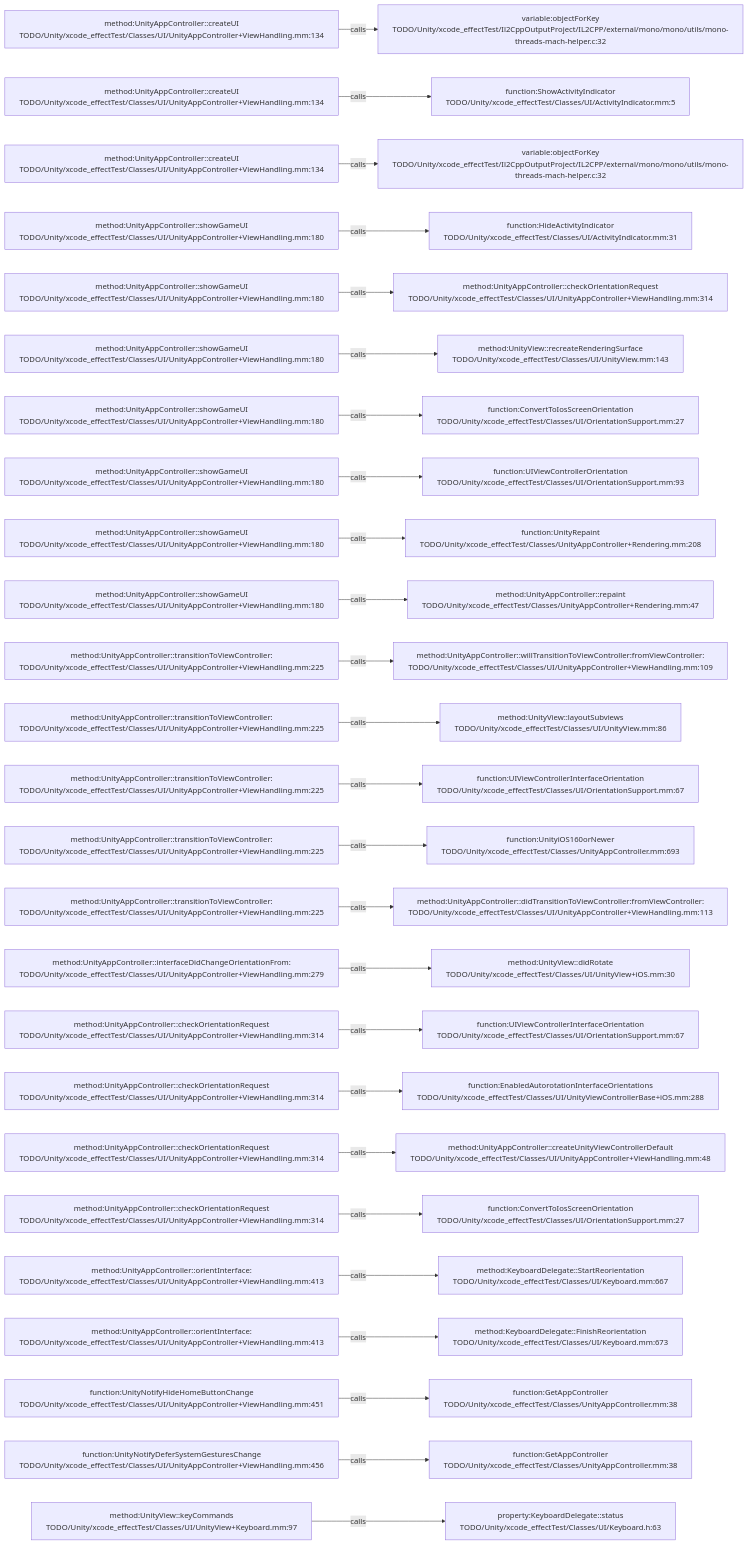
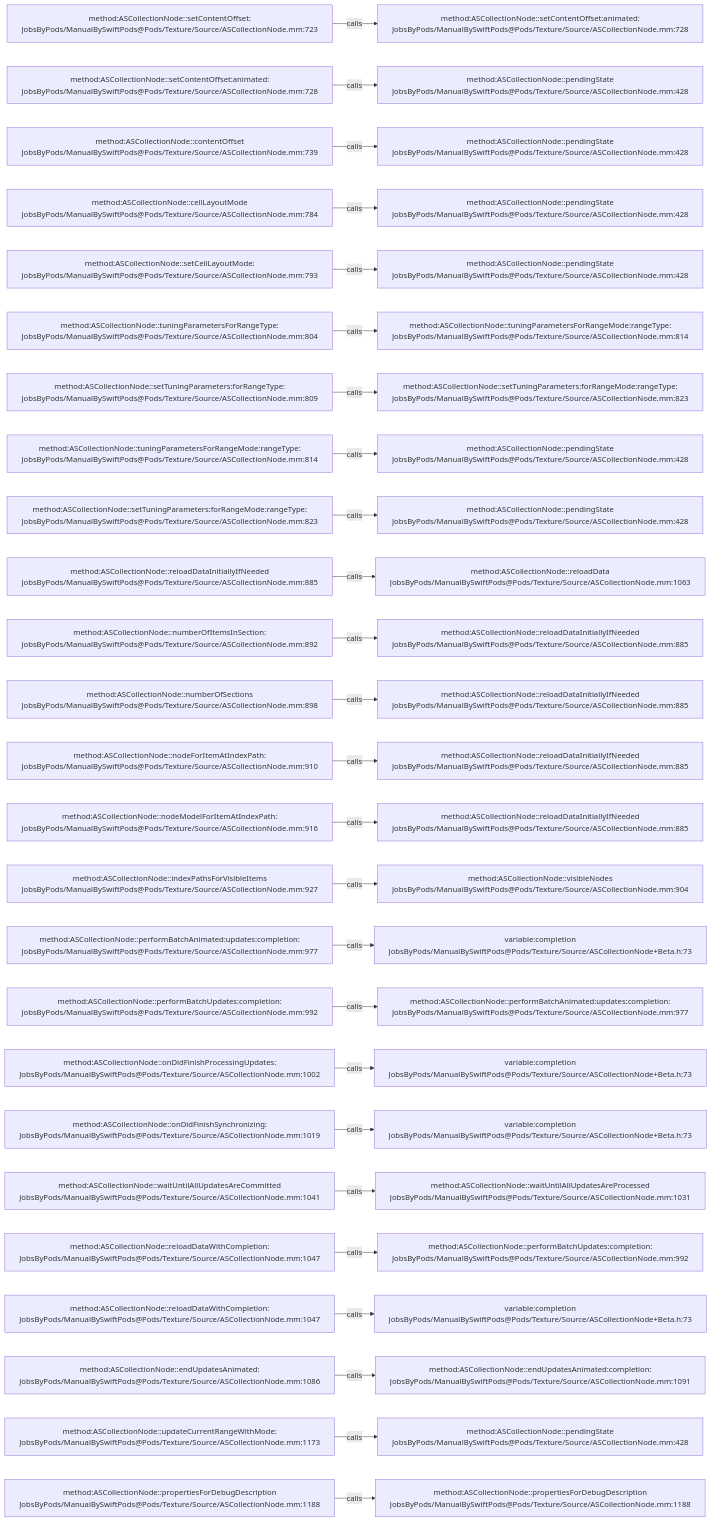
Before and after one commit to JobsKits/JobsSwiftBaseConfigDemo: the diagram in .codegraph/codegraph.md/graphs/calls-028.md, drawn with Mermaid. The commit also changed 2959 other files, not shown here.

````diff
--- a/.codegraph/codegraph.md/graphs/calls-028.md
+++ b/.codegraph/codegraph.md/graphs/calls-028.md
@@ -13,78 +13,78 @@
 ```mermaid
 flowchart LR
-  S1["method:UnityAppController::createUI<br/>TODO/Unity/xcode_effectTest/Classes/UI/UnityAppController+ViewHandling.mm:134"]
-  T1["variable:objectForKey<br/>TODO/Unity/xcode_effectTest/Il2CppOutputProject/IL2CPP/external/mono/mono/utils/mono-threads-mach-helper.c:32"]
+  S1["method:ASCollectionNode::setContentOffset:<br/>JobsByPods/ManualBySwiftPods@Pods/Texture/Source/ASCollectionNode.mm:723"]
+  T1["method:ASCollectionNode::setContentOffset:animated:<br/>JobsByPods/ManualBySwiftPods@Pods/Texture/Source/ASCollectionNode.mm:728"]
   S1 -->|calls| T1
-  S2["method:UnityAppController::createUI<br/>TODO/Unity/xcode_effectTest/Classes/UI/UnityAppController+ViewHandling.mm:134"]
-  T2["function:ShowActivityIndicator<br/>TODO/Unity/xcode_effectTest/Classes/UI/ActivityIndicator.mm:5"]
+  S2["method:ASCollectionNode::setContentOffset:animated:<br/>JobsByPods/ManualBySwiftPods@Pods/Texture/Source/ASCollectionNode.mm:728"]
+  T2["method:ASCollectionNode::pendingState<br/>JobsByPods/ManualBySwiftPods@Pods/Texture/Source/ASCollectionNode.mm:428"]
   S2 -->|calls| T2
-  S3["method:UnityAppController::createUI<br/>TODO/Unity/xcode_effectTest/Classes/UI/UnityAppController+ViewHandling.mm:134"]
-  T3["variable:objectForKey<br/>TODO/Unity/xcode_effectTest/Il2CppOutputProject/IL2CPP/external/mono/mono/utils/mono-threads-mach-helper.c:32"]
+  S3["method:ASCollectionNode::contentOffset<br/>JobsByPods/ManualBySwiftPods@Pods/Texture/Source/ASCollectionNode.mm:739"]
+  T3["method:ASCollectionNode::pendingState<br/>JobsByPods/ManualBySwiftPods@Pods/Texture/Source/ASCollectionNode.mm:428"]
   S3 -->|calls| T3
-  S4["method:UnityAppController::showGameUI<br/>TODO/Unity/xcode_effectTest/Classes/UI/UnityAppController+ViewHandling.mm:180"]
-  T4["function:HideActivityIndicator<br/>TODO/Unity/xcode_effectTest/Classes/UI/ActivityIndicator.mm:31"]
+  S4["method:ASCollectionNode::cellLayoutMode<br/>JobsByPods/ManualBySwiftPods@Pods/Texture/Source/ASCollectionNode.mm:784"]
+  T4["method:ASCollectionNode::pendingState<br/>JobsByPods/ManualBySwiftPods@Pods/Texture/Source/ASCollectionNode.mm:428"]
   S4 -->|calls| T4
-  S5["method:UnityAppController::showGameUI<br/>TODO/Unity/xcode_effectTest/Classes/UI/UnityAppController+ViewHandling.mm:180"]
-  T5["method:UnityAppController::checkOrientationRequest<br/>TODO/Unity/xcode_effectTest/Classes/UI/UnityAppController+ViewHandling.mm:314"]
+  S5["method:ASCollectionNode::setCellLayoutMode:<br/>JobsByPods/ManualBySwiftPods@Pods/Texture/Source/ASCollectionNode.mm:793"]
+  T5["method:ASCollectionNode::pendingState<br/>JobsByPods/ManualBySwiftPods@Pods/Texture/Source/ASCollectionNode.mm:428"]
   S5 -->|calls| T5
-  S6["method:UnityAppController::showGameUI<br/>TODO/Unity/xcode_effectTest/Classes/UI/UnityAppController+ViewHandling.mm:180"]
-  T6["method:UnityView::recreateRenderingSurface<br/>TODO/Unity/xcode_effectTest/Classes/UI/UnityView.mm:143"]
+  S6["method:ASCollectionNode::tuningParametersForRangeType:<br/>JobsByPods/ManualBySwiftPods@Pods/Texture/Source/ASCollectionNode.mm:804"]
+  T6["method:ASCollectionNode::tuningParametersForRangeMode:rangeType:<br/>JobsByPods/ManualBySwiftPods@Pods/Texture/Source/ASCollectionNode.mm:814"]
   S6 -->|calls| T6
-  S7["method:UnityAppController::showGameUI<br/>TODO/Unity/xcode_effectTest/Classes/UI/UnityAppController+ViewHandling.mm:180"]
-  T7["function:ConvertToIosScreenOrientation<br/>TODO/Unity/xcode_effectTest/Classes/UI/OrientationSupport.mm:27"]
+  S7["method:ASCollectionNode::setTuningParameters:forRangeType:<br/>JobsByPods/ManualBySwiftPods@Pods/Texture/Source/ASCollectionNode.mm:809"]
+  T7["method:ASCollectionNode::setTuningParameters:forRangeMode:rangeType:<br/>JobsByPods/ManualBySwiftPods@Pods/Texture/Source/ASCollectionNode.mm:823"]
   S7 -->|calls| T7
-  S8["method:UnityAppController::showGameUI<br/>TODO/Unity/xcode_effectTest/Classes/UI/UnityAppController+ViewHandling.mm:180"]
-  T8["function:UIViewControllerOrientation<br/>TODO/Unity/xcode_effectTest/Classes/UI/OrientationSupport.mm:93"]
+  S8["method:ASCollectionNode::tuningParametersForRangeMode:rangeType:<br/>JobsByPods/ManualBySwiftPods@Pods/Texture/Source/ASCollectionNode.mm:814"]
+  T8["method:ASCollectionNode::pendingState<br/>JobsByPods/ManualBySwiftPods@Pods/Texture/Source/ASCollectionNode.mm:428"]
   S8 -->|calls| T8
-  S9["method:UnityAppController::showGameUI<br/>TODO/Unity/xcode_effectTest/Classes/UI/UnityAppController+ViewHandling.mm:180"]
-  T9["function:UnityRepaint<br/>TODO/Unity/xcode_effectTest/Classes/UnityAppController+Rendering.mm:208"]
+  S9["method:ASCollectionNode::setTuningParameters:forRangeMode:rangeType:<br/>JobsByPods/ManualBySwiftPods@Pods/Texture/Source/ASCollectionNode.mm:823"]
+  T9["method:ASCollectionNode::pendingState<br/>JobsByPods/ManualBySwiftPods@Pods/Texture/Source/ASCollectionNode.mm:428"]
   S9 -->|calls| T9
-  S10["method:UnityAppController::showGameUI<br/>TODO/Unity/xcode_effectTest/Classes/UI/UnityAppController+ViewHandling.mm:180"]
-  T10["method:UnityAppController::repaint<br/>TODO/Unity/xcode_effectTest/Classes/UnityAppController+Rendering.mm:47"]
+  S10["method:ASCollectionNode::reloadDataInitiallyIfNeeded<br/>JobsByPods/ManualBySwiftPods@Pods/Texture/Source/ASCollectionNode.mm:885"]
+  T10["method:ASCollectionNode::reloadData<br/>JobsByPods/ManualBySwiftPods@Pods/Texture/Source/ASCollectionNode.mm:1063"]
   S10 -->|calls| T10
-  S11["method:UnityAppController::transitionToViewController:<br/>TODO/Unity/xcode_effectTest/Classes/UI/UnityAppController+ViewHandling.mm:225"]
-  T11["method:UnityAppController::willTransitionToViewController:fromViewController:<br/>TODO/Unity/xcode_effectTest/Classes/UI/UnityAppController+ViewHandling.mm:109"]
+  S11["method:ASCollectionNode::numberOfItemsInSection:<br/>JobsByPods/ManualBySwiftPods@Pods/Texture/Source/ASCollectionNode.mm:892"]
+  T11["method:ASCollectionNode::reloadDataInitiallyIfNeeded<br/>JobsByPods/ManualBySwiftPods@Pods/Texture/Source/ASCollectionNode.mm:885"]
   S11 -->|calls| T11
-  S12["method:UnityAppController::transitionToViewController:<br/>TODO/Unity/xcode_effectTest/Classes/UI/UnityAppController+ViewHandling.mm:225"]
-  T12["method:UnityView::layoutSubviews<br/>TODO/Unity/xcode_effectTest/Classes/UI/UnityView.mm:86"]
+  S12["method:ASCollectionNode::numberOfSections<br/>JobsByPods/ManualBySwiftPods@Pods/Texture/Source/ASCollectionNode.mm:898"]
+  T12["method:ASCollectionNode::reloadDataInitiallyIfNeeded<br/>JobsByPods/ManualBySwiftPods@Pods/Texture/Source/ASCollectionNode.mm:885"]
   S12 -->|calls| T12
-  S13["method:UnityAppController::transitionToViewController:<br/>TODO/Unity/xcode_effectTest/Classes/UI/UnityAppController+ViewHandling.mm:225"]
-  T13["function:UIViewControllerInterfaceOrientation<br/>TODO/Unity/xcode_effectTest/Classes/UI/OrientationSupport.mm:67"]
+  S13["method:ASCollectionNode::nodeForItemAtIndexPath:<br/>JobsByPods/ManualBySwiftPods@Pods/Texture/Source/ASCollectionNode.mm:910"]
+  T13["method:ASCollectionNode::reloadDataInitiallyIfNeeded<br/>JobsByPods/ManualBySwiftPods@Pods/Texture/Source/ASCollectionNode.mm:885"]
   S13 -->|calls| T13
-  S14["method:UnityAppController::transitionToViewController:<br/>TODO/Unity/xcode_effectTest/Classes/UI/UnityAppController+ViewHandling.mm:225"]
-  T14["function:UnityiOS160orNewer<br/>TODO/Unity/xcode_effectTest/Classes/UnityAppController.mm:693"]
+  S14["method:ASCollectionNode::nodeModelForItemAtIndexPath:<br/>JobsByPods/ManualBySwiftPods@Pods/Texture/Source/ASCollectionNode.mm:916"]
+  T14["method:ASCollectionNode::reloadDataInitiallyIfNeeded<br/>JobsByPods/ManualBySwiftPods@Pods/Texture/Source/ASCollectionNode.mm:885"]
   S14 -->|calls| T14
-  S15["method:UnityAppController::transitionToViewController:<br/>TODO/Unity/xcode_effectTest/Classes/UI/UnityAppController+ViewHandling.mm:225"]
-  T15["method:UnityAppController::didTransitionToViewController:fromViewController:<br/>TODO/Unity/xcode_effectTest/Classes/UI/UnityAppController+ViewHandling.mm:113"]
+  S15["method:ASCollectionNode::indexPathsForVisibleItems<br/>JobsByPods/ManualBySwiftPods@Pods/Texture/Source/ASCollectionNode.mm:927"]
+  T15["method:ASCollectionNode::visibleNodes<br/>JobsByPods/ManualBySwiftPods@Pods/Texture/Source/ASCollectionNode.mm:904"]
   S15 -->|calls| T15
-  S16["method:UnityAppController::interfaceDidChangeOrientationFrom:<br/>TODO/Unity/xcode_effectTest/Classes/UI/UnityAppController+ViewHandling.mm:279"]
-  T16["method:UnityView::didRotate<br/>TODO/Unity/xcode_effectTest/Classes/UI/UnityView+iOS.mm:30"]
+  S16["method:ASCollectionNode::performBatchAnimated:updates:completion:<br/>JobsByPods/ManualBySwiftPods@Pods/Texture/Source/ASCollectionNode.mm:977"]
+  T16["variable:completion<br/>JobsByPods/ManualBySwiftPods@Pods/Texture/Source/ASCollectionNode+Beta.h:73"]
   S16 -->|calls| T16
-  S17["method:UnityAppController::checkOrientationRequest<br/>TODO/Unity/xcode_effectTest/Classes/UI/UnityAppController+ViewHandling.mm:314"]
-  T17["function:UIViewControllerInterfaceOrientation<br/>TODO/Unity/xcode_effectTest/Classes/UI/OrientationSupport.mm:67"]
+  S17["method:ASCollectionNode::performBatchUpdates:completion:<br/>JobsByPods/ManualBySwiftPods@Pods/Texture/Source/ASCollectionNode.mm:992"]
+  T17["method:ASCollectionNode::performBatchAnimated:updates:completion:<br/>JobsByPods/ManualBySwiftPods@Pods/Texture/Source/ASCollectionNode.mm:977"]
   S17 -->|calls| T17
-  S18["method:UnityAppController::checkOrientationRequest<br/>TODO/Unity/xcode_effectTest/Classes/UI/UnityAppController+ViewHandling.mm:314"]
-  T18["function:EnabledAutorotationInterfaceOrientations<br/>TODO/Unity/xcode_effectTest/Classes/UI/UnityViewControllerBase+iOS.mm:288"]
+  S18["method:ASCollectionNode::onDidFinishProcessingUpdates:<br/>JobsByPods/ManualBySwiftPods@Pods/Texture/Source/ASCollectionNode.mm:1002"]
+  T18["variable:completion<br/>JobsByPods/ManualBySwiftPods@Pods/Texture/Source/ASCollectionNode+Beta.h:73"]
   S18 -->|calls| T18
-  S19["method:UnityAppController::checkOrientationRequest<br/>TODO/Unity/xcode_effectTest/Classes/UI/UnityAppController+ViewHandling.mm:314"]
-  T19["method:UnityAppController::createUnityViewControllerDefault<br/>TODO/Unity/xcode_effectTest/Classes/UI/UnityAppController+ViewHandling.mm:48"]
+  S19["method:ASCollectionNode::onDidFinishSynchronizing:<br/>JobsByPods/ManualBySwiftPods@Pods/Texture/Source/ASCollectionNode.mm:1019"]
+  T19["variable:completion<br/>JobsByPods/ManualBySwiftPods@Pods/Texture/Source/ASCollectionNode+Beta.h:73"]
   S19 -->|calls| T19
-  S20["method:UnityAppController::checkOrientationRequest<br/>TODO/Unity/xcode_effectTest/Classes/UI/UnityAppController+ViewHandling.mm:314"]
-  T20["function:ConvertToIosScreenOrientation<br/>TODO/Unity/xcode_effectTest/Classes/UI/OrientationSupport.mm:27"]
+  S20["method:ASCollectionNode::waitUntilAllUpdatesAreCommitted<br/>JobsByPods/ManualBySwiftPods@Pods/Texture/Source/ASCollectionNode.mm:1041"]
+  T20["method:ASCollectionNode::waitUntilAllUpdatesAreProcessed<br/>JobsByPods/ManualBySwiftPods@Pods/Texture/Source/ASCollectionNode.mm:1031"]
   S20 -->|calls| T20
-  S21["method:UnityAppController::orientInterface:<br/>TODO/Unity/xcode_effectTest/Classes/UI/UnityAppController+ViewHandling.mm:413"]
-  T21["method:KeyboardDelegate::StartReorientation<br/>TODO/Unity/xcode_effectTest/Classes/UI/Keyboard.mm:667"]
+  S21["method:ASCollectionNode::reloadDataWithCompletion:<br/>JobsByPods/ManualBySwiftPods@Pods/Texture/Source/ASCollectionNode.mm:1047"]
+  T21["method:ASCollectionNode::performBatchUpdates:completion:<br/>JobsByPods/ManualBySwiftPods@Pods/Texture/Source/ASCollectionNode.mm:992"]
   S21 -->|calls| T21
-  S22["method:UnityAppController::orientInterface:<br/>TODO/Unity/xcode_effectTest/Classes/UI/UnityAppController+ViewHandling.mm:413"]
-  T22["method:KeyboardDelegate::FinishReorientation<br/>TODO/Unity/xcode_effectTest/Classes/UI/Keyboard.mm:673"]
+  S22["method:ASCollectionNode::reloadDataWithCompletion:<br/>JobsByPods/ManualBySwiftPods@Pods/Texture/Source/ASCollectionNode.mm:1047"]
+  T22["variable:completion<br/>JobsByPods/ManualBySwiftPods@Pods/Texture/Source/ASCollectionNode+Beta.h:73"]
   S22 -->|calls| T22
-  S23["function:UnityNotifyHideHomeButtonChange<br/>TODO/Unity/xcode_effectTest/Classes/UI/UnityAppController+ViewHandling.mm:451"]
-  T23["function:GetAppController<br/>TODO/Unity/xcode_effectTest/Classes/UnityAppController.mm:38"]
+  S23["method:ASCollectionNode::endUpdatesAnimated:<br/>JobsByPods/ManualBySwiftPods@Pods/Texture/Source/ASCollectionNode.mm:1086"]
+  T23["method:ASCollectionNode::endUpdatesAnimated:completion:<br/>JobsByPods/ManualBySwiftPods@Pods/Texture/Source/ASCollectionNode.mm:1091"]
   S23 -->|calls| T23
-  S24["function:UnityNotifyDeferSystemGesturesChange<br/>TODO/Unity/xcode_effectTest/Classes/UI/UnityAppController+ViewHandling.mm:456"]
-  T24["function:GetAppController<br/>TODO/Unity/xcode_effectTest/Classes/UnityAppController.mm:38"]
+  S24["method:ASCollectionNode::updateCurrentRangeWithMode:<br/>JobsByPods/ManualBySwiftPods@Pods/Texture/Source/ASCollectionNode.mm:1173"]
+  T24["method:ASCollectionNode::pendingState<br/>JobsByPods/ManualBySwiftPods@Pods/Texture/Source/ASCollectionNode.mm:428"]
   S24 -->|calls| T24
-  S25["method:UnityView::keyCommands<br/>TODO/Unity/xcode_effectTest/Classes/UI/UnityView+Keyboard.mm:97"]
-  T25["property:KeyboardDelegate::status<br/>TODO/Unity/xcode_effectTest/Classes/UI/Keyboard.h:63"]
+  S25["method:ASCollectionNode::propertiesForDebugDescription<br/>JobsByPods/ManualBySwiftPods@Pods/Texture/Source/ASCollectionNode.mm:1188"]
+  T25["method:ASCollectionNode::propertiesForDebugDescription<br/>JobsByPods/ManualBySwiftPods@Pods/Texture/Source/ASCollectionNode.mm:1188"]
   S25 -->|calls| T25
 ```
````
